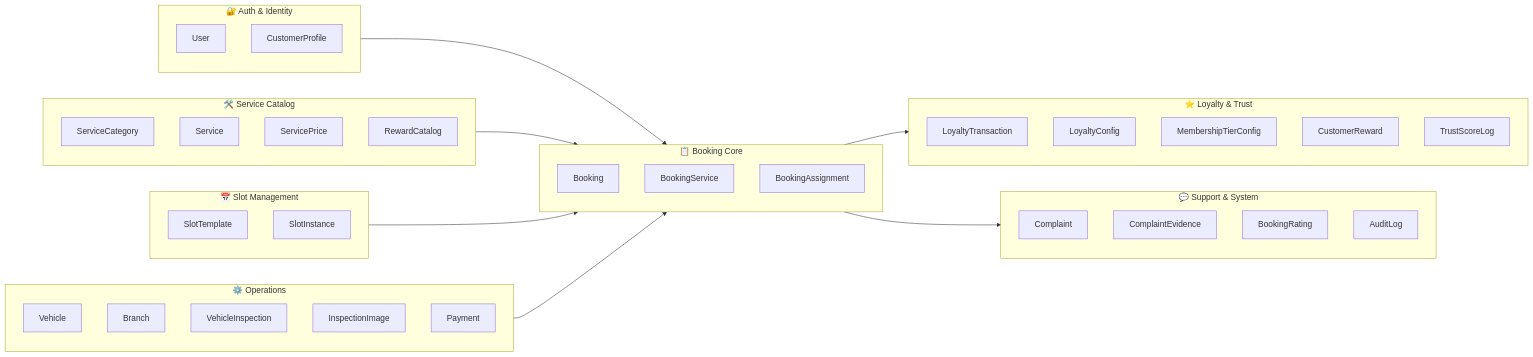
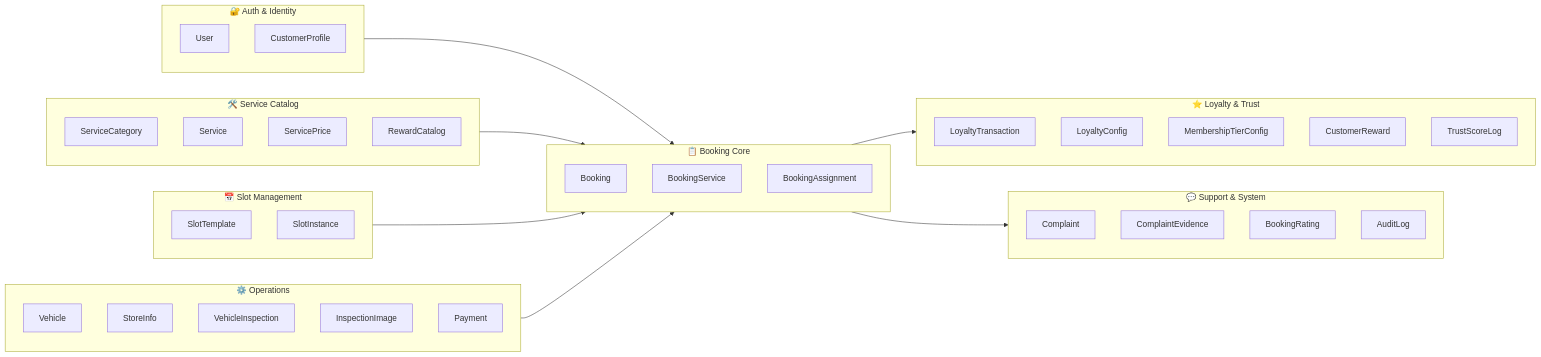
One commit to autowashpro/AutoWash_Pro changed the first of 2 diagrams in docs/erd_diagram.md. Above: the diagram before and after it, drawn with Mermaid. The commit also changed other lines of this file and 5 other files, not shown here.

````diff
--- a/docs/erd_diagram.md
+++ b/docs/erd_diagram.md
@@ -9,49 +9,49 @@
 ```mermaid
 graph LR
   subgraph AUTH["🔐 Auth & Identity"]
     User
     CustomerProfile
   end
   subgraph CATALOG["🛠️ Service Catalog"]
     ServiceCategory
     Service
     ServicePrice
     RewardCatalog
   end
   subgraph SLOT["📅 Slot Management"]
     SlotTemplate
     SlotInstance
   end
   subgraph BOOKING["📋 Booking Core"]
     Booking
     BookingService
     BookingAssignment
   end
   subgraph OPS["⚙️ Operations"]
     Vehicle
-    Branch
+    StoreInfo
     VehicleInspection
     InspectionImage
     Payment
   end
   subgraph LOYALTY["⭐ Loyalty & Trust"]
     LoyaltyTransaction
     LoyaltyConfig
     MembershipTierConfig
     CustomerReward
     TrustScoreLog
   end
   subgraph SUPPORT["💬 Support & System"]
     Complaint
     ComplaintEvidence
     BookingRating
     AuditLog
   end
 
   AUTH --> BOOKING
   CATALOG --> BOOKING
   SLOT --> BOOKING
   OPS --> BOOKING
   BOOKING --> LOYALTY
   BOOKING --> SUPPORT
 ```
````
